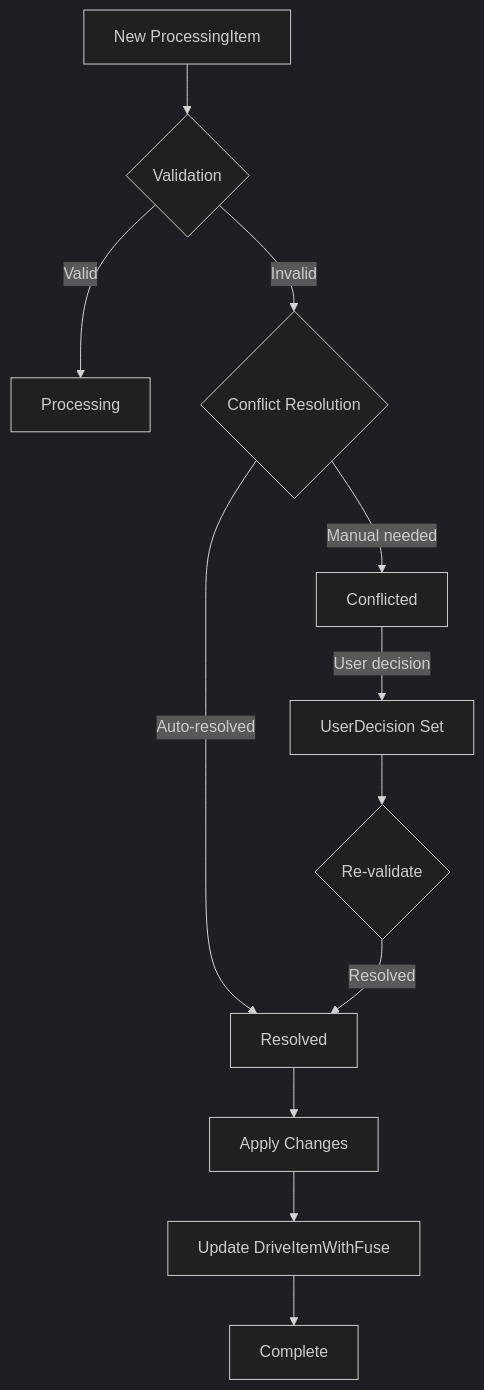
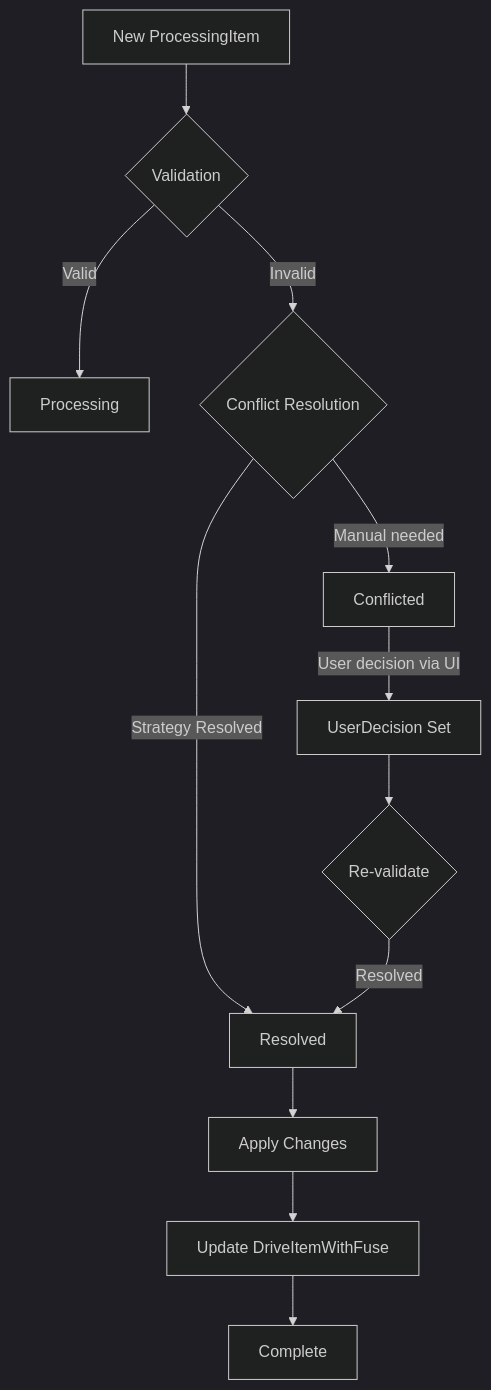
The diagram in ResolutionStrategies.MD (digit1024/ondrivefs_bmideas), drawn with Mermaid (dark theme) before and after one commit. The commit also changed other lines of this file and 5 other files, not shown here.

````diff
--- a/ResolutionStrategies.MD
+++ b/ResolutionStrategies.MD
@@ -249,14 +188,14 @@
 ```mermaid
 graph TD
     A[New ProcessingItem] --> B{Validation}
     B -->|Valid| C[Processing]
     B -->|Invalid| D{Conflict Resolution}
-    D -->|Auto-resolved| E[Resolved]
+    D -->|Strategy Resolved| E[Resolved]
     D -->|Manual needed| F[Conflicted]
-    F -->|User decision| G[UserDecision Set]
+    F -->|User decision via UI| G[UserDecision Set]
     G --> H{Re-validate}
     H -->|Resolved| E
     E --> I[Apply Changes]
     I --> J[Update DriveItemWithFuse]
     J --> K[Complete]
 ```
````
